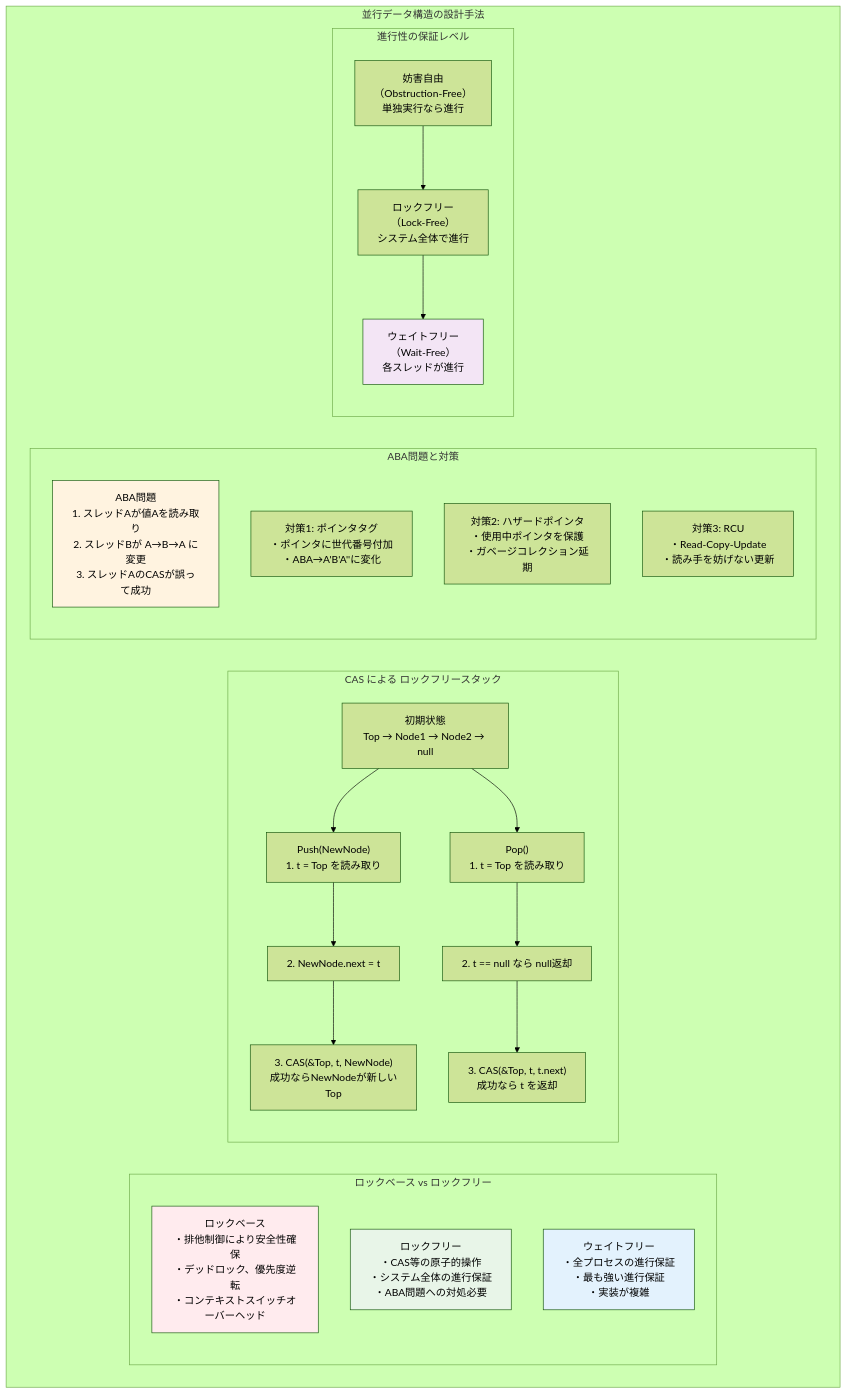
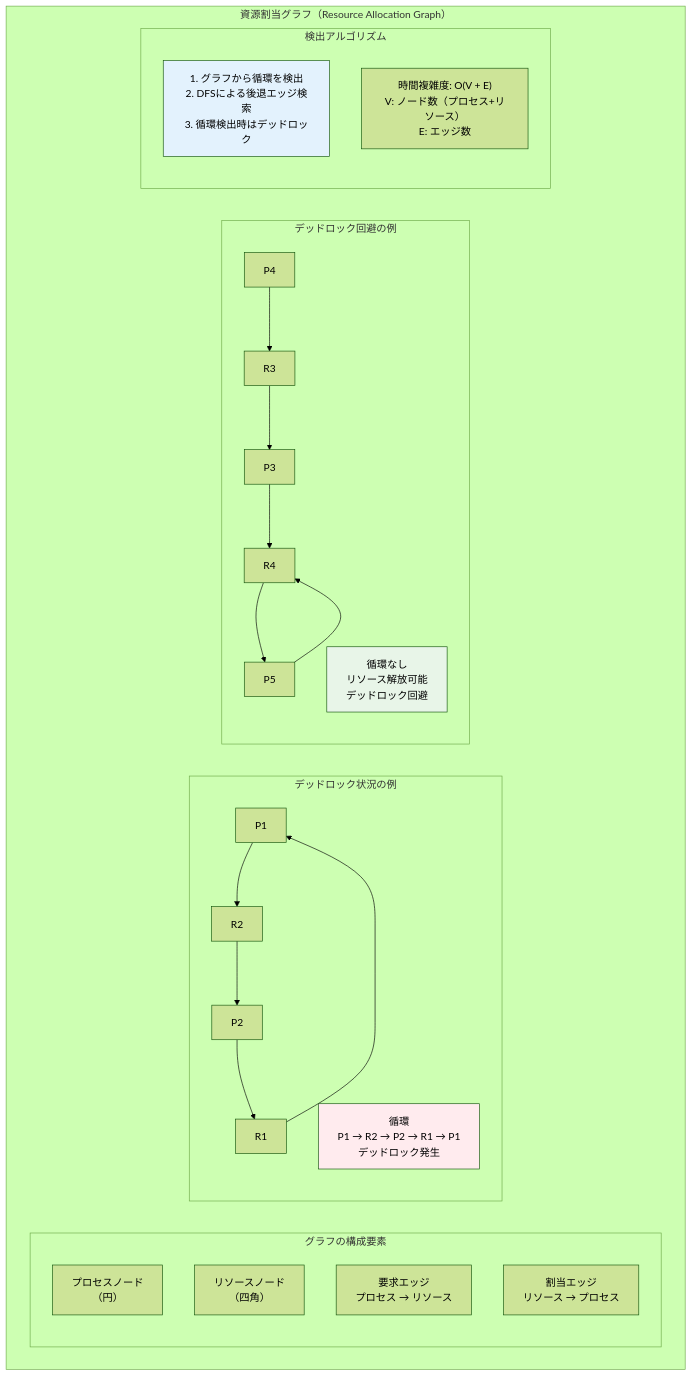
Before and after one commit to itdojp/theoretical-computer-science-textbook-public: the fifth of 6 diagrams in chapter12-concurrent-computation.md, drawn with Mermaid (forest theme). The commit also changed other lines of this file, not shown here.

First line of the commit message:
feat: 第12章並行計算の理論にMermaid図表を追加

````diff
--- a/chapter12-concurrent-computation.md
+++ b/chapter12-concurrent-computation.md
@@ -404,59 +340,51 @@
 ```mermaid
 graph TD
-    subgraph "並行データ構造の設計手法"
-        subgraph "ロックベース vs ロックフリー"
-            LockBased["ロックベース<br/>・排他制御により安全性確保<br/>・デッドロック、優先度逆転<br/>・コンテキストスイッチオーバーヘッド"]
-            
-            LockFree["ロックフリー<br/>・CAS等の原子的操作<br/>・システム全体の進行保証<br/>・ABA問題への対処必要"]
-            
-            WaitFree["ウェイトフリー<br/>・全プロセスの進行保証<br/>・最も強い進行保証<br/>・実装が複雑"]
+    subgraph "資源割当グラフ（Resource Allocation Graph）"
+        subgraph "グラフの構成要素"
+            Process["プロセスノード<br/>（円）"]
+            Resource["リソースノード<br/>（四角）"]
+            Request["要求エッジ<br/>プロセス → リソース"]
+            Allocation["割当エッジ<br/>リソース → プロセス"]
         end
         
-        subgraph "CAS による ロックフリースタック"
-            Init["初期状態<br/>Top → Node1 → Node2 → null"]
+        subgraph "デッドロック状況の例"
+            P1["P1"]
+            P2["P2"]
+            R1["R1"]
+            R2["R2"]
             
-            Push1["Push(NewNode)<br/>1. t = Top を読み取り"]
-            Push2["2. NewNode.next = t"]
-            Push3["3. CAS(&Top, t, NewNode)<br/>成功ならNewNodeが新しいTop"]
+            P1 --> R2
+            R1 --> P1
+            P2 --> R1
+            R2 --> P2
             
-            Pop1["Pop()<br/>1. t = Top を読み取り"]
-            Pop2["2. t == null なら null返却"]
-            Pop3["3. CAS(&Top, t, t.next)<br/>成功なら t を返却"]
-            
-            Init --> Push1
-            Push1 --> Push2
-            Push2 --> Push3
-            
-            Init --> Pop1
-            Pop1 --> Pop2
-            Pop2 --> Pop3
+            DeadlockCycle["循環<br/>P1 → R2 → P2 → R1 → P1<br/>デッドロック発生"]
         end
         
-        subgraph "ABA問題と対策"
-            ABA_Problem["ABA問題<br/>1. スレッドAが値Aを読み取り<br/>2. スレッドBが A→B→A に変更<br/>3. スレッドAのCASが誤って成功"]
+        subgraph "デッドロック回避の例"
+            P3["P3"]
+            P4["P4"]
+            P5["P5"]
+            R3["R3"]
+            R4["R4"]
             
-            Solution1["対策1: ポインタタグ<br/>・ポインタに世代番号付加<br/>・ABA→A'B'A''に変化"]
+            P3 --> R4
+            R3 --> P3
+            P4 --> R3
+            R4 --> P5
+            P5 --> R4
             
-            Solution2["対策2: ハザードポインタ<br/>・使用中ポインタを保護<br/>・ガベージコレクション延期"]
-            
-            Solution3["対策3: RCU<br/>・Read-Copy-Update<br/>・読み手を妨げない更新"]
+            NoDeadlock["循環なし<br/>リソース解放可能<br/>デッドロック回避"]
         end
         
-        subgraph "進行性の保証レベル"
-            Obstruction["妨害自由<br/>（Obstruction-Free）<br/>単独実行なら進行"]
+        subgraph "検出アルゴリズム"
+            Algorithm["1. グラフから循環を検出<br/>2. DFSによる後退エッジ検索<br/>3. 循環検出時はデッドロック"]
             
-            LockFreeGuarantee["ロックフリー<br/>（Lock-Free）<br/>システム全体で進行"]
-            
-            WaitFreeGuarantee["ウェイトフリー<br/>（Wait-Free）<br/>各スレッドが進行"]
-            
-            Obstruction --> LockFreeGuarantee
-            LockFreeGuarantee --> WaitFreeGuarantee
+            Complexity["時間複雑度: O(V + E)<br/>V: ノード数（プロセス+リソース）<br/>E: エッジ数"]
         end
     end
     
-    style LockBased fill:#ffebee
-    style LockFree fill:#e8f5e8
-    style WaitFree fill:#e3f2fd
-    style ABA_Problem fill:#fff3e0
-    style WaitFreeGuarantee fill:#f3e5f5
+    style DeadlockCycle fill:#ffebee
+    style NoDeadlock fill:#e8f5e8
+    style Algorithm fill:#e3f2fd
 ```
````
